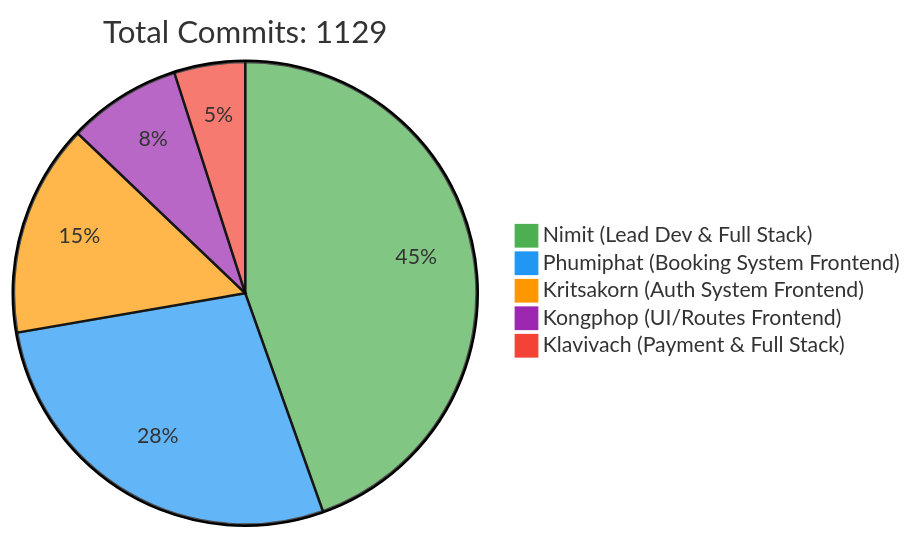
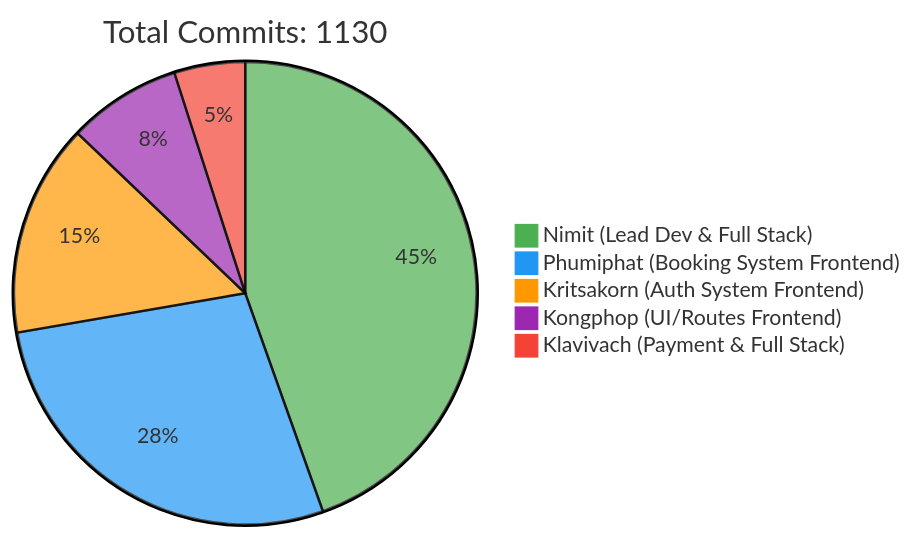
One commit to 6531503042/Sport-Complex changed the first of 2 diagrams in README.md. Above: the diagram before and after it, drawn with Mermaid. The commit also changed other lines of this file, not shown here.

Commit message:
docs: Update contributor statistics [skip ci]

````diff
--- a/README.md
+++ b/README.md
@@ -257,10 +257,10 @@
 ```mermaid
 %%{init: {'theme': 'base', 'themeVariables': { 'pie1': '#4CAF50', 'pie2': '#2196F3', 'pie3': '#FF9800', 'pie4': '#9C27B0', 'pie5': '#F44336'}}}%%
 pie
-    title Total Commits: 1129
+    title Total Commits: 1130
     "Nimit (Lead Dev & Full Stack)" : 450
     "Phumiphat (Booking System Frontend)" : 280
     "Kritsakorn (Auth System Frontend)" : 150
     "Kongphop (UI/Routes Frontend)" : 80
     "Klavivach (Payment & Full Stack)" : 50
 ```
````
